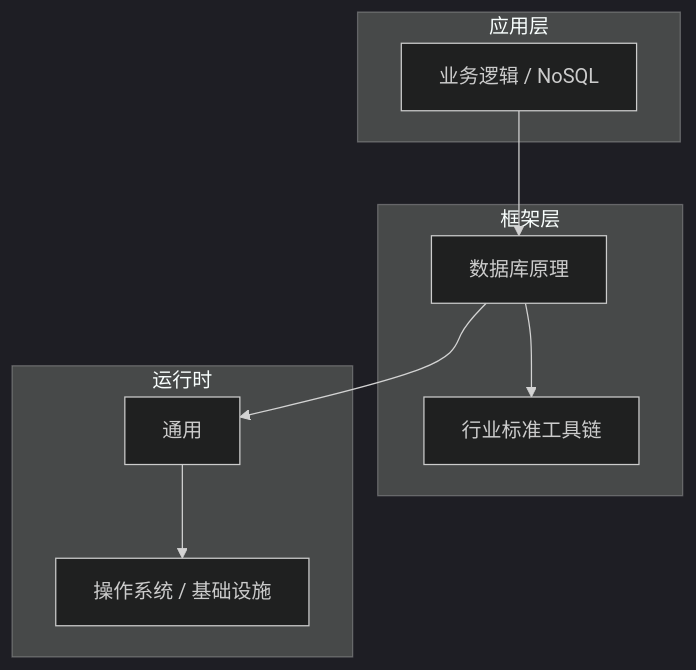
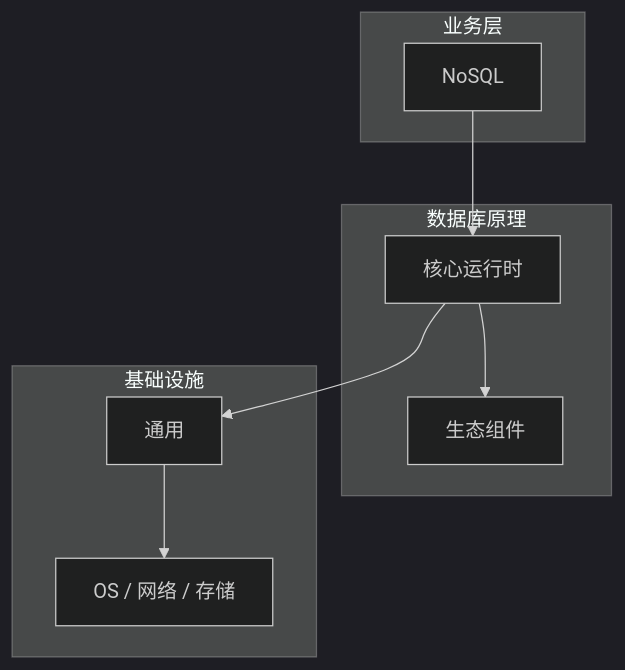
The diagram in articles/数据库原理/chapters/100-NoSQL核心概念与原理.md (yanggan2015/knowledge-json-v2), drawn with Mermaid (dark theme) before and after one commit. The commit also changed other lines of this file and 10127 other files, not shown here.

````diff
--- a/articles/数据库原理/chapters/100-NoSQL核心概念与原理.md
+++ b/articles/数据库原理/chapters/100-NoSQL核心概念与原理.md
@@ -45,18 +34,18 @@
 ```mermaid
 graph TB
-    subgraph 应用层
-        A[业务逻辑 / NoSQL]
+    subgraph 业务层
+        A[NoSQL]
     end
-    subgraph 框架层
-        B[数据库原理]
-        C[行业标准工具链]
+    subgraph 数据库原理
+        B[核心运行时]
+        C[生态组件]
     end
-    subgraph 运行时
+    subgraph 基础设施
         D[通用]
-        E[操作系统 / 基础设施]
+        E[OS / 网络 / 存储]
     end
     A --> B
     B --> C
     B --> D
     D --> E
 ```
````
